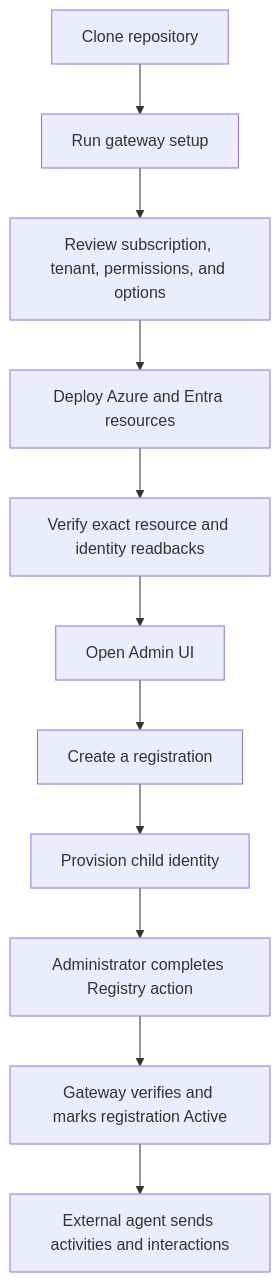
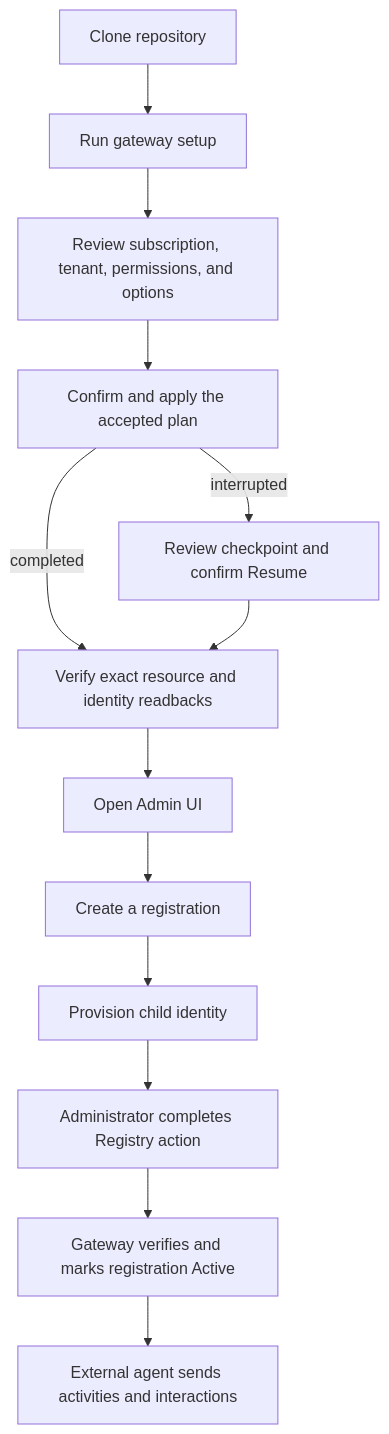
Before and after one commit to patrick-shim/a365-custom-gateway: the second of 4 diagrams in docs/architecture/system-architecture.md, drawn with Mermaid. The commit also changed other lines of this file and 44 other files, not shown here.

````diff
--- a/docs/architecture/system-architecture.md
+++ b/docs/architecture/system-architecture.md
@@ -52,13 +53,15 @@
 ```mermaid
 flowchart TD
     Clone[Clone repository] --> Setup[Run gateway setup]
     Setup --> Plan[Review subscription, tenant, permissions, and options]
-    Plan --> Deploy[Deploy Azure and Entra resources]
-    Deploy --> Verify[Verify exact resource and identity readbacks]
+    Plan --> Apply[Confirm and apply the accepted plan]
+    Apply -->|interrupted| Resume[Review checkpoint and confirm Resume]
+    Apply -->|completed| Verify[Verify exact resource and identity readbacks]
+    Resume --> Verify
     Verify --> Portal[Open Admin UI]
     Portal --> Register[Create a registration]
     Register --> Provision[Provision child identity]
     Provision --> Complete[Administrator completes Registry action]
     Complete --> Active[Gateway verifies and marks registration Active]
     Active --> Use[External agent sends activities and interactions]
 ```
````
